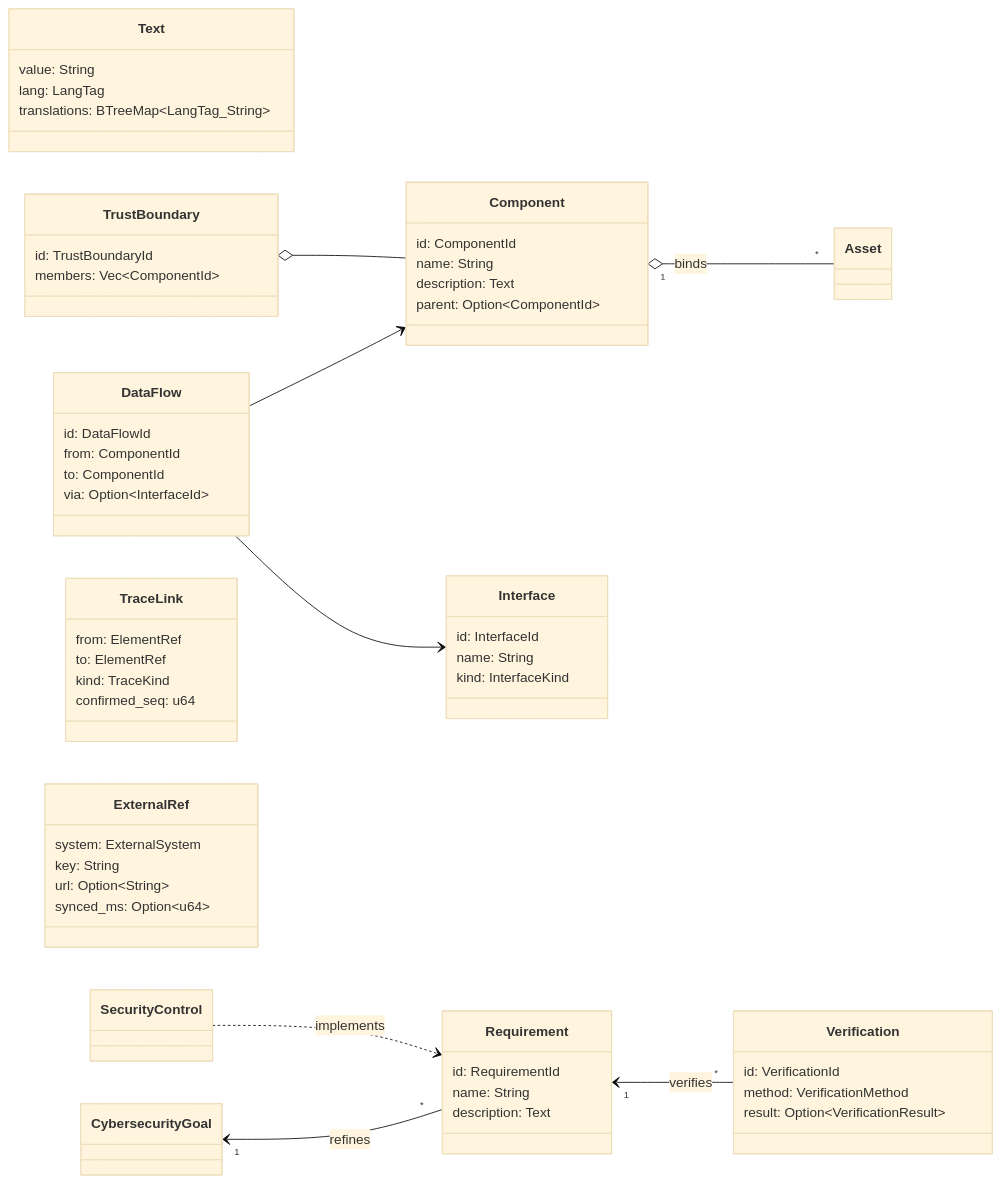
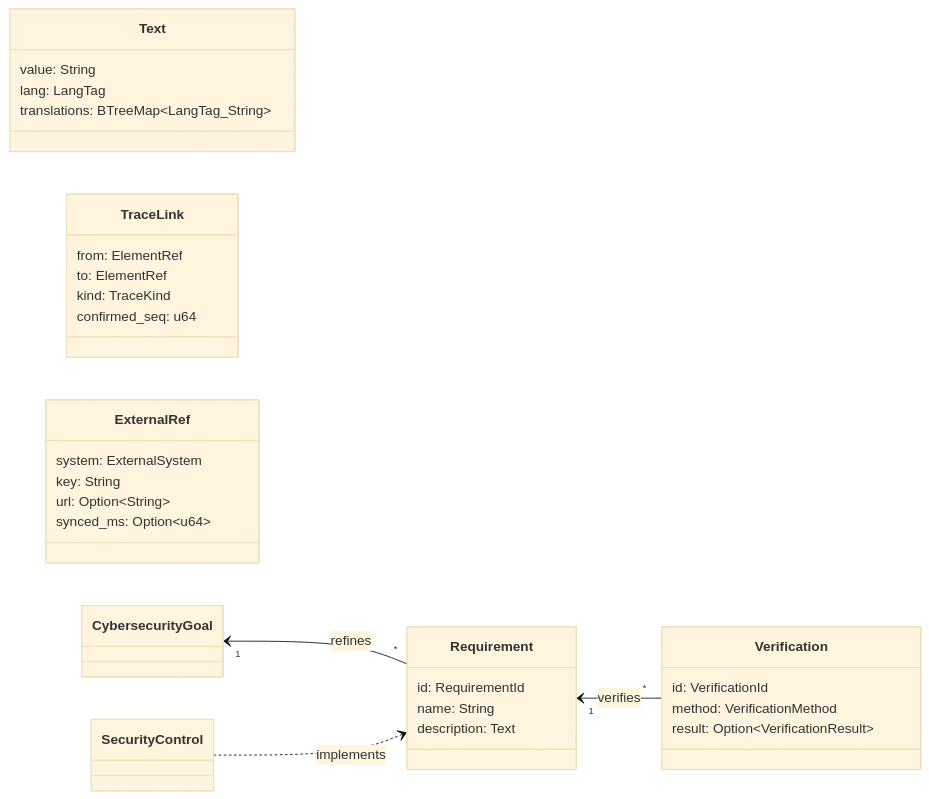
One commit to eNipu/AegisTARA changed diagram 26 of 28 in docs/architecture.md. Above: the diagram before and after it, drawn with Mermaid (base theme). The commit also changed other lines of this file and 97 other files, not shown here.

````diff
--- a/docs/architecture.md
+++ b/docs/architecture.md
@@ -1912,59 +1936,34 @@
 ```mermaid
 classDiagram
     direction LR
     class Text {
         value: String
         lang: LangTag
         translations: BTreeMap~LangTag_String~
-    }
-    class Component {
-        id: ComponentId
-        name: String
-        description: Text
-        parent: Option~ComponentId~
-    }
-    class Interface {
-        id: InterfaceId
-        name: String
-        kind: InterfaceKind
-    }
-    class DataFlow {
-        id: DataFlowId
-        from: ComponentId
-        to: ComponentId
-        via: Option~InterfaceId~
-    }
-    class TrustBoundary {
-        id: TrustBoundaryId
-        members: Vec~ComponentId~
     }
     class Requirement {
         id: RequirementId
         name: String
         description: Text
     }
     class Verification {
         id: VerificationId
         method: VerificationMethod
         result: Option~VerificationResult~
     }
     class TraceLink {
         from: ElementRef
         to: ElementRef
         kind: TraceKind
         confirmed_seq: u64
     }
     class ExternalRef {
         system: ExternalSystem
         key: String
         url: Option~String~
         synced_ms: Option~u64~
     }
-    Component "1" o-- "*" Asset : binds
-    DataFlow --> Component
-    DataFlow --> Interface
-    TrustBoundary o-- Component
     CybersecurityGoal "1" <-- "*" Requirement : refines
     Requirement "1" <-- "*" Verification : verifies
     SecurityControl ..> Requirement : implements
 ```
````
